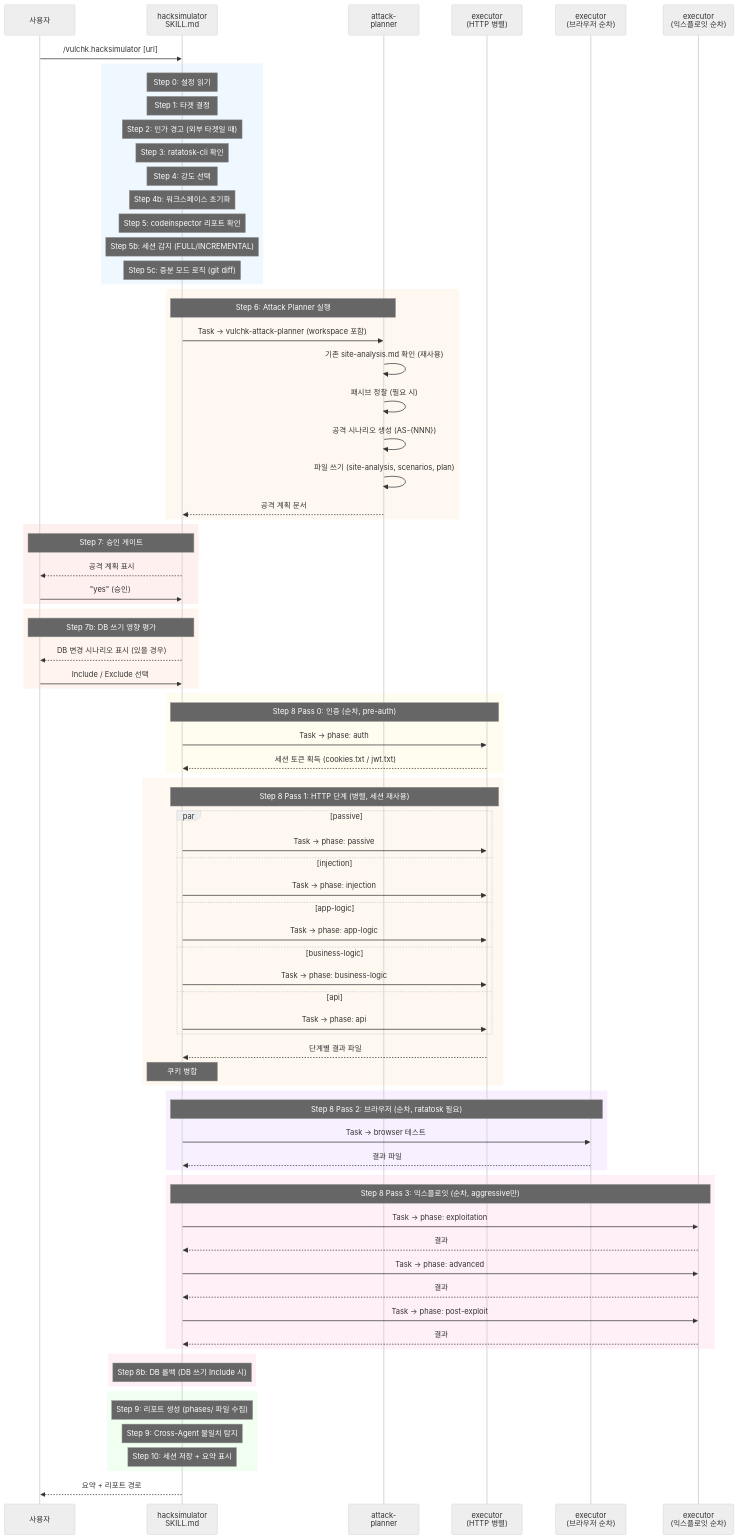
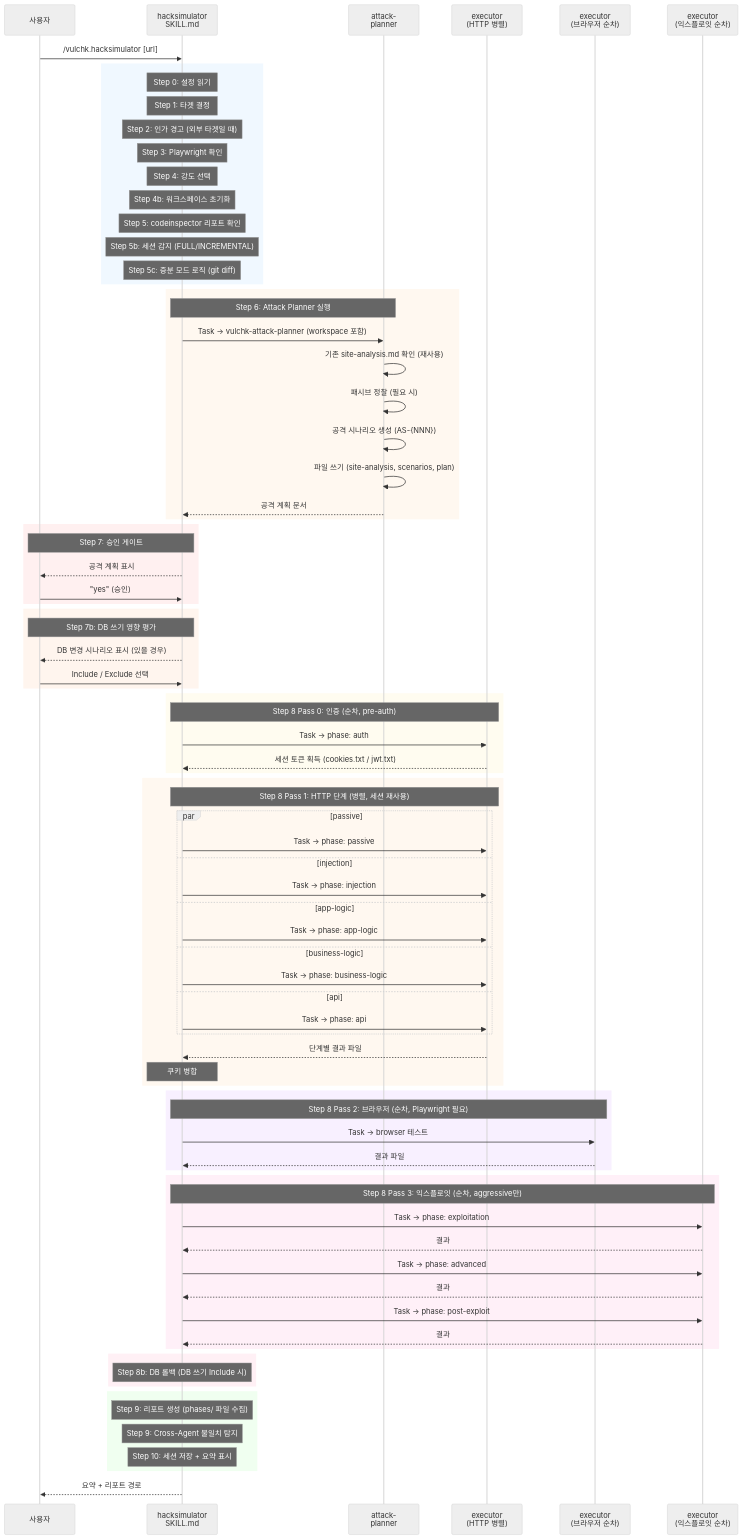
One commit to letsur-dev/vulcheck changed the first of 12 diagrams in design/hacksimulator.md. Above: the diagram before and after it, drawn with Mermaid (neutral theme). The commit also changed other lines of this file and 25 other files, not shown here.

First line of the commit message:
refactor: replace ratatosk-cli with Playwright for browser automation

```diff
--- a/design/hacksimulator.md
+++ b/design/hacksimulator.md
@@ -101,7 +101,7 @@
         Note over Skill: Step 0: 설정 읽기
         Note over Skill: Step 1: 타겟 결정
         Note over Skill: Step 2: 인가 경고 (외부 타겟일 때)
-        Note over Skill: Step 3: ratatosk-cli 확인
+        Note over Skill: Step 3: Playwright 확인
         Note over Skill: Step 4: 강도 선택
         Note over Skill: Step 4b: 워크스페이스 초기화
         Note over Skill: Step 5: codeinspector 리포트 확인
@@ -155,7 +155,7 @@
     end
 
     rect rgb(248, 240, 255)
-        Note over Skill,ExBrowser: Step 8 Pass 2: 브라우저 (순차, ratatosk 필요)
+        Note over Skill,ExBrowser: Step 8 Pass 2: 브라우저 (순차, Playwright 필요)
         Skill->>ExBrowser: Task → browser 테스트
         ExBrowser-->>Skill: 결과 파일
     end
```
